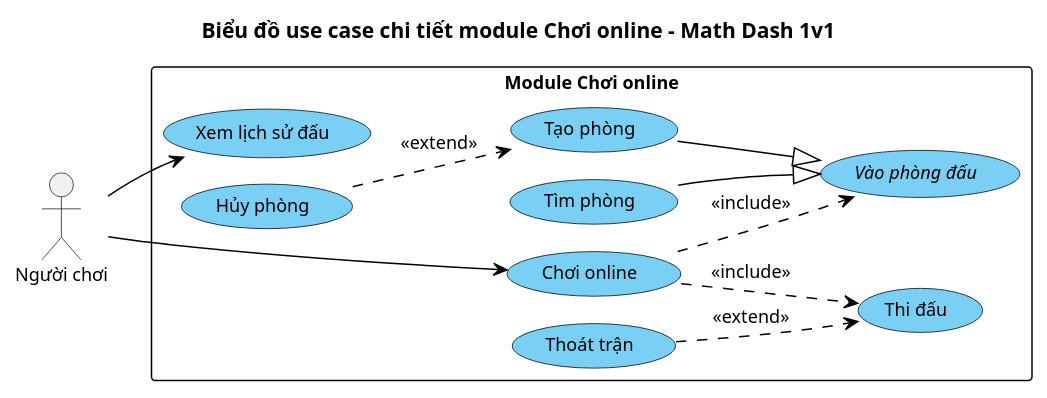
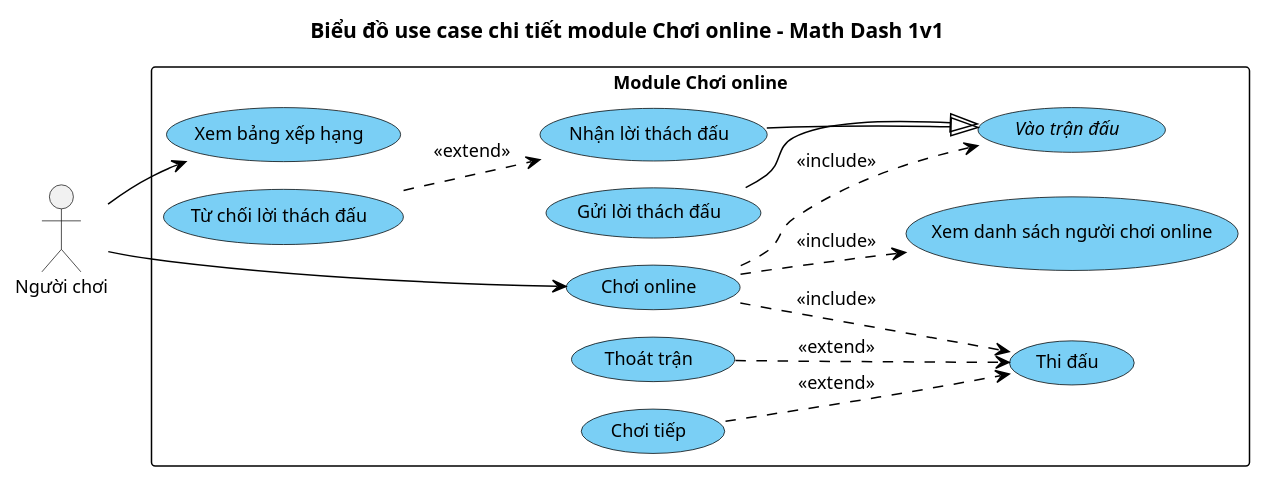
One commit to HungNguyenBa1811/math-dash changed the diagram in docs/hung/uc-chi-tiet-choi-online.puml. Above: the diagram before and after it, drawn with PlantUML. The commit also changed 60 other files, not shown here.

First line of the commit message:
docs(M3,M4): tài liệu Hùng theo đề 9: Chơi online, Xem bảng xếp hạng, Đăng nhập - đăng ký

```diff
--- a/docs/hung/uc-chi-tiet-choi-online.puml
+++ b/docs/hung/uc-chi-tiet-choi-online.puml
@@ -1,46 +1,50 @@
 @startuml uc-chi-tiet-choi-online
 !pragma layout smetana
 ' === VP Base Theme v2 ===
 skinparam defaultFontName "Segoe UI"
 skinparam defaultFontSize 12
 skinparam shadowing false
 skinparam arrowColor #000000
 skinparam lineColor #000000
 hide circle
 
 skinparam usecase {
   BackgroundColor #7ACFF5
   BorderColor Black
   FontColor Black
 }
 skinparam rectangle {
   BackgroundColor #FFFFFF
   BorderColor Black
 }
 
 left to right direction
 title Biểu đồ use case chi tiết module Chơi online – Math Dash 1v1
 
 actor "Người chơi" as A1
 
 rectangle "Module Chơi online" {
-  usecase "Chơi online" as UC05
-  usecase "Xem lịch sử đấu" as UC06
-  usecase "//Vào phòng đấu//" as VPD
-  usecase "Tạo phòng" as TP
-  usecase "Tìm phòng" as TIM
-  usecase "Hủy phòng" as HP
+  usecase "Chơi online" as UC03
+  usecase "Xem bảng xếp hạng" as UC04
+  usecase "Xem danh sách người chơi online" as DS
+  usecase "//Vào trận đấu//" as VTD
+  usecase "Gửi lời thách đấu" as GUI
+  usecase "Nhận lời thách đấu" as NHAN
+  usecase "Từ chối lời thách đấu" as TC
   usecase "Thi đấu" as TD
   usecase "Thoát trận" as TT
+  usecase "Chơi tiếp" as CT
 }
 
-A1 --> UC05
-A1 --> UC06
+A1 --> UC03
+A1 --> UC04
 
-UC05 ..> VPD : <<include>>
-UC05 ..> TD : <<include>>
-TP --|> VPD
-TIM --|> VPD
-HP ..> TP : <<extend>>
+UC03 ..> DS : <<include>>
+UC03 ..> VTD : <<include>>
+UC03 ..> TD : <<include>>
+GUI --|> VTD
+NHAN --|> VTD
+TC ..> NHAN : <<extend>>
 TT ..> TD : <<extend>>
+CT ..> TD : <<extend>>
 @enduml
```
